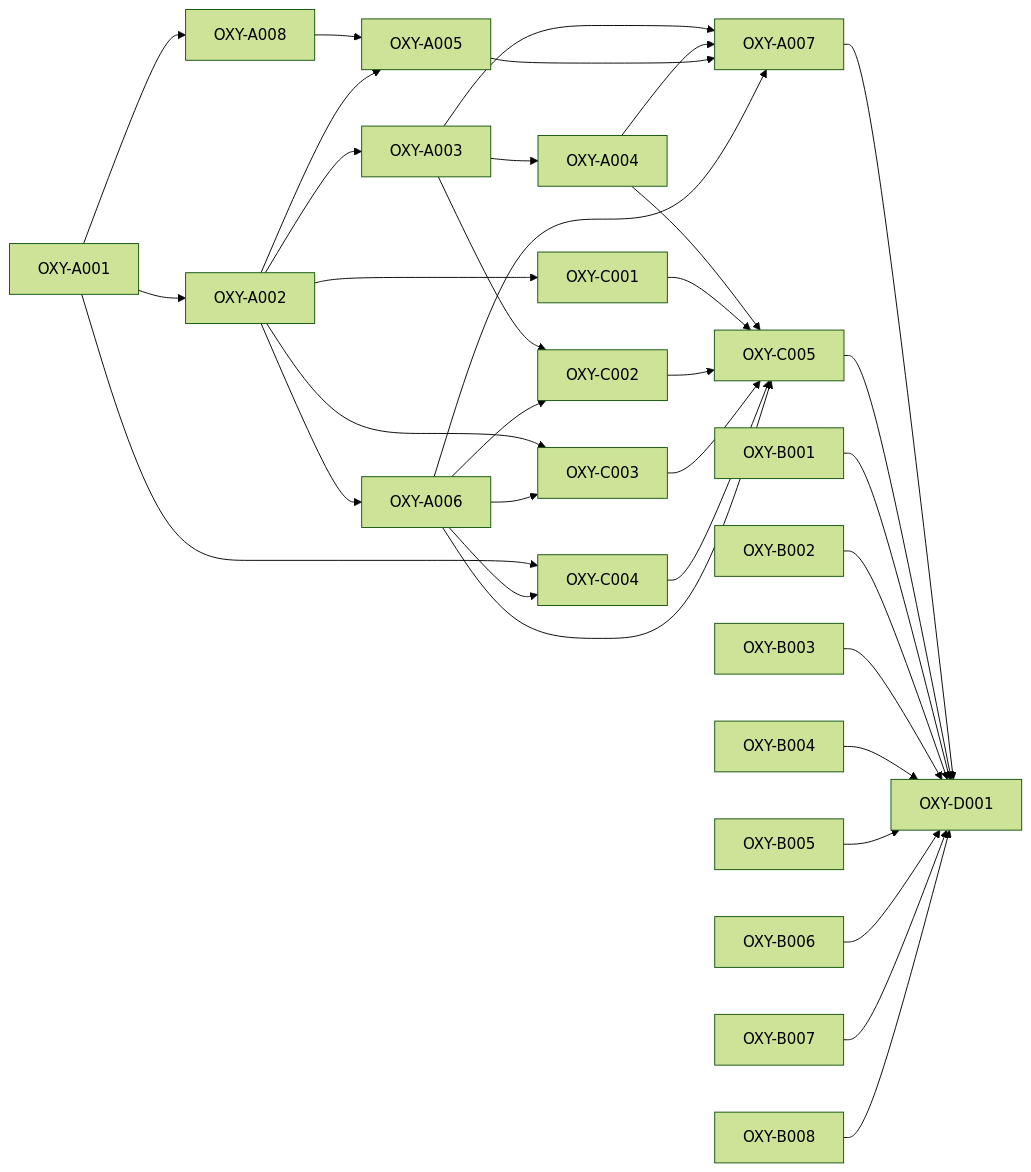
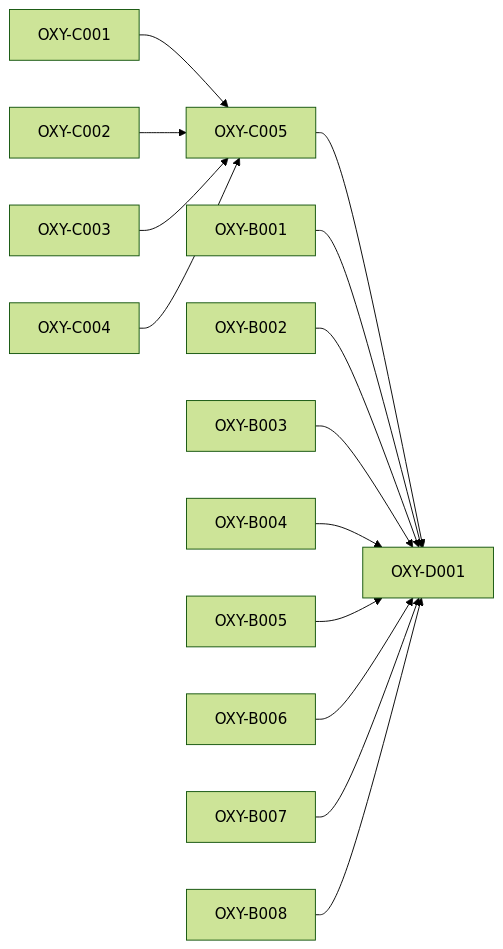
The diagram in .constitution/tasks/critical-path.md (SkrOYC/oxyflut), drawn with Mermaid (forest theme) before and after one commit. The commit also changed other lines of this file and 5 other files, not shown here.

````diff
--- a/.constitution/tasks/critical-path.md
+++ b/.constitution/tasks/critical-path.md
@@ -24,37 +23,16 @@
 ```mermaid
 flowchart LR
-    A001[OXY-A001] --> A002[OXY-A002]
-    A001 --> A008[OXY-A008]
-    A008 --> A005[OXY-A005]
-    A002 --> A003[OXY-A003]
-    A002 --> A005
-    A002 --> A006[OXY-A006]
-    A002 --> C001[OXY-C001]
-    A003 --> A004[OXY-A004]
-    A003 --> A007[OXY-A007]
-    A003 --> C002[OXY-C002]
-    A004 --> A007
-    A004 --> C005[OXY-C005]
-    A005 --> A007
-    A006 --> A007
-    A006 --> C002
-    A002 --> C003[OXY-C003]
-    A006 --> C003
-    A001 --> C004[OXY-C004]
-    A006 --> C004
-    C001 --> C005
-    C002 --> C005
-    C003 --> C005
-    C004 --> C005
-    A006 --> C005
-    A007 --> D001[OXY-D001]
-    C005 --> D001
+    C001[OXY-C001] --> C005[OXY-C005]
+    C002[OXY-C002] --> C005
+    C003[OXY-C003] --> C005
+    C004[OXY-C004] --> C005
+    C005 --> D001[OXY-D001]
     B001[OXY-B001] --> D001
     B002[OXY-B002] --> D001
     B003[OXY-B003] --> D001
     B004[OXY-B004] --> D001
     B005[OXY-B005] --> D001
     B006[OXY-B006] --> D001
     B007[OXY-B007] --> D001
     B008[OXY-B008] --> D001
 ```
````
